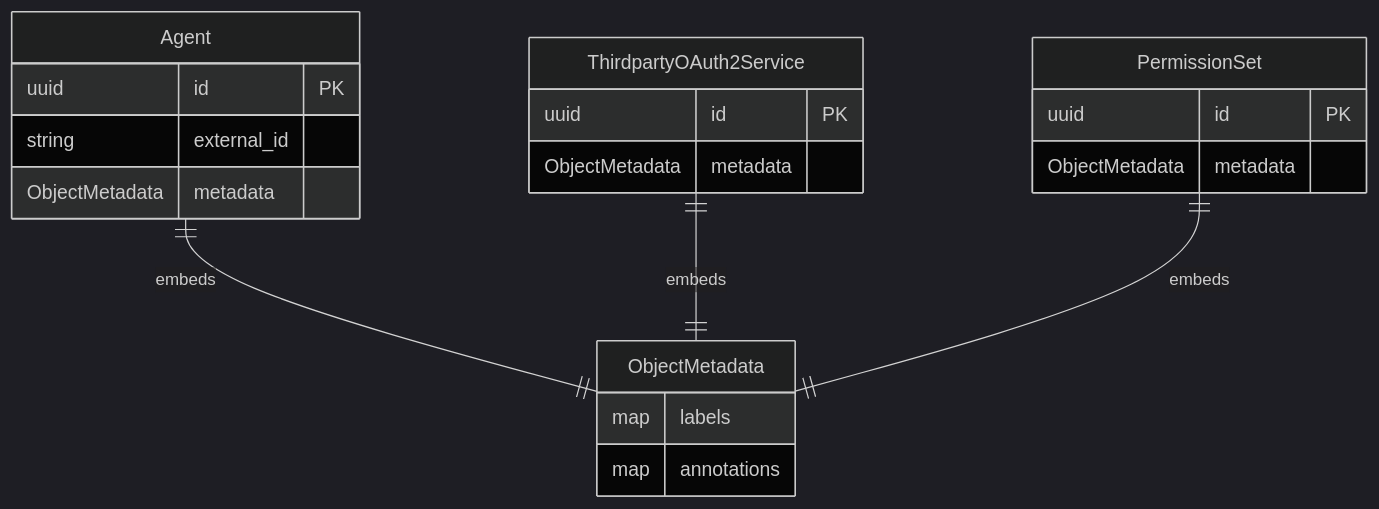
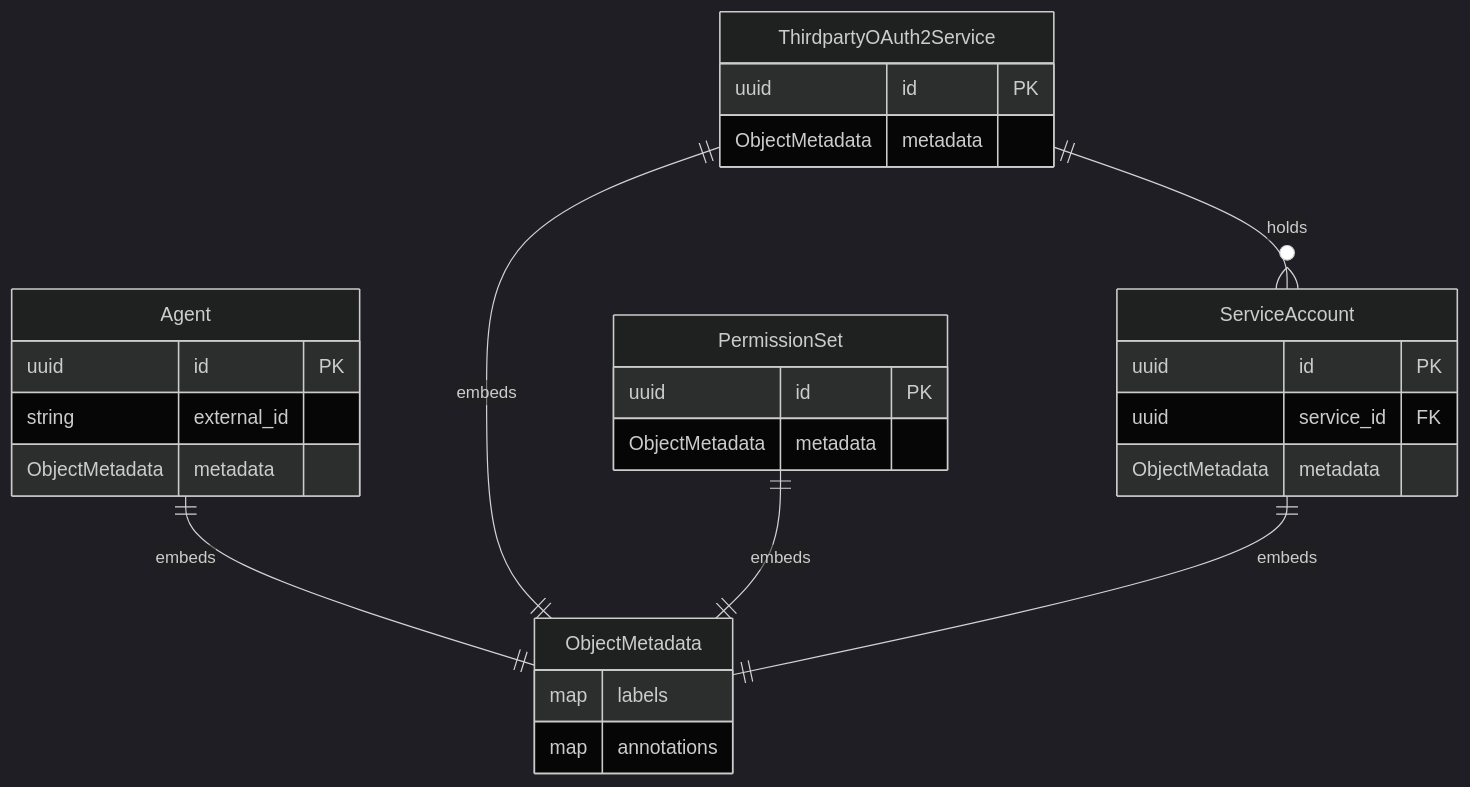
One commit to zalando-incubator/agentic-identity-broker changed the first of 2 diagrams in specs/20261127-093439-object-labels-annotations/spec.md. Above: the diagram before and after it, drawn with Mermaid (dark theme). The commit also changed other lines of this file and 25 other files, not shown here.

````diff
--- a/specs/20261127-093439-object-labels-annotations/spec.md
+++ b/specs/20261127-093439-object-labels-annotations/spec.md
@@ -478,23 +618,30 @@
 ```mermaid
 erDiagram
     Agent {
         uuid id PK
         string external_id
         ObjectMetadata metadata
     }
     ThirdpartyOAuth2Service {
         uuid id PK
         ObjectMetadata metadata
     }
     PermissionSet {
         uuid id PK
         ObjectMetadata metadata
     }
+    ServiceAccount {
+        uuid id PK
+        uuid service_id FK
+        ObjectMetadata metadata
+    }
     ObjectMetadata {
         map labels
         map annotations
     }
     Agent ||--|| ObjectMetadata : "embeds"
     ThirdpartyOAuth2Service ||--|| ObjectMetadata : "embeds"
     PermissionSet ||--|| ObjectMetadata : "embeds"
+    ServiceAccount ||--|| ObjectMetadata : "embeds"
+    ThirdpartyOAuth2Service ||--o{ ServiceAccount : "holds"
 ```
````
